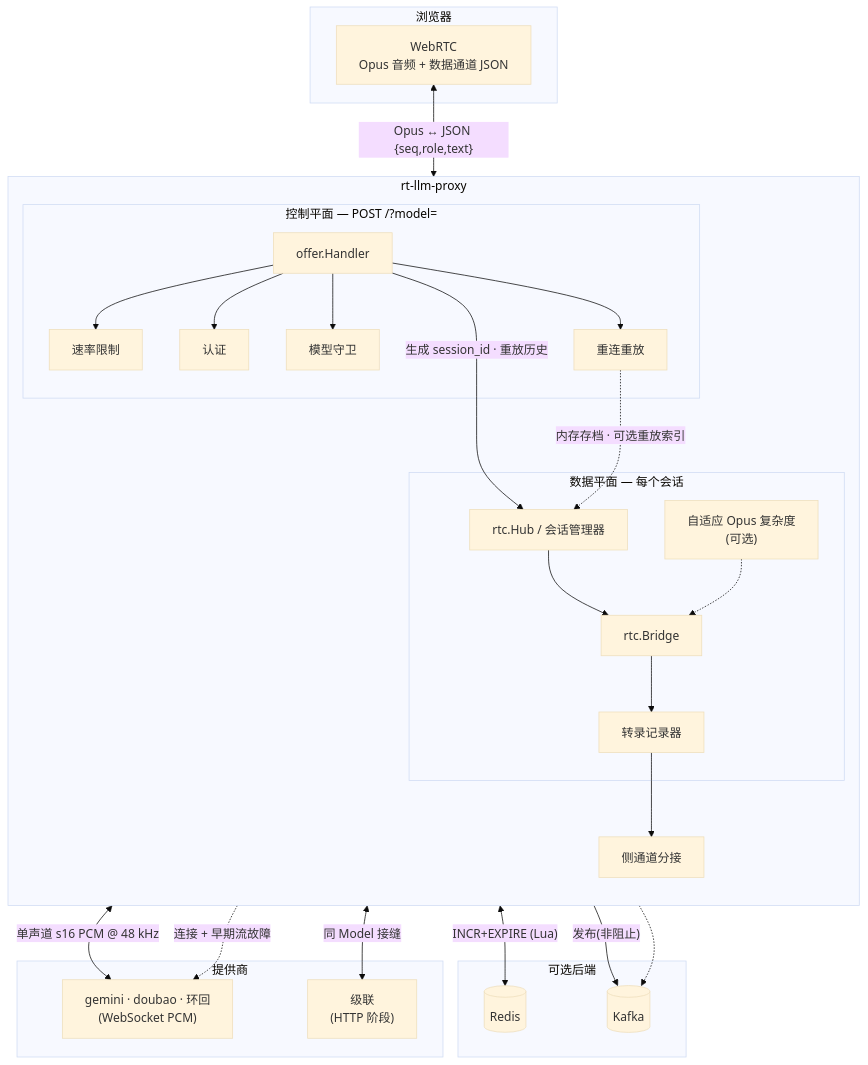
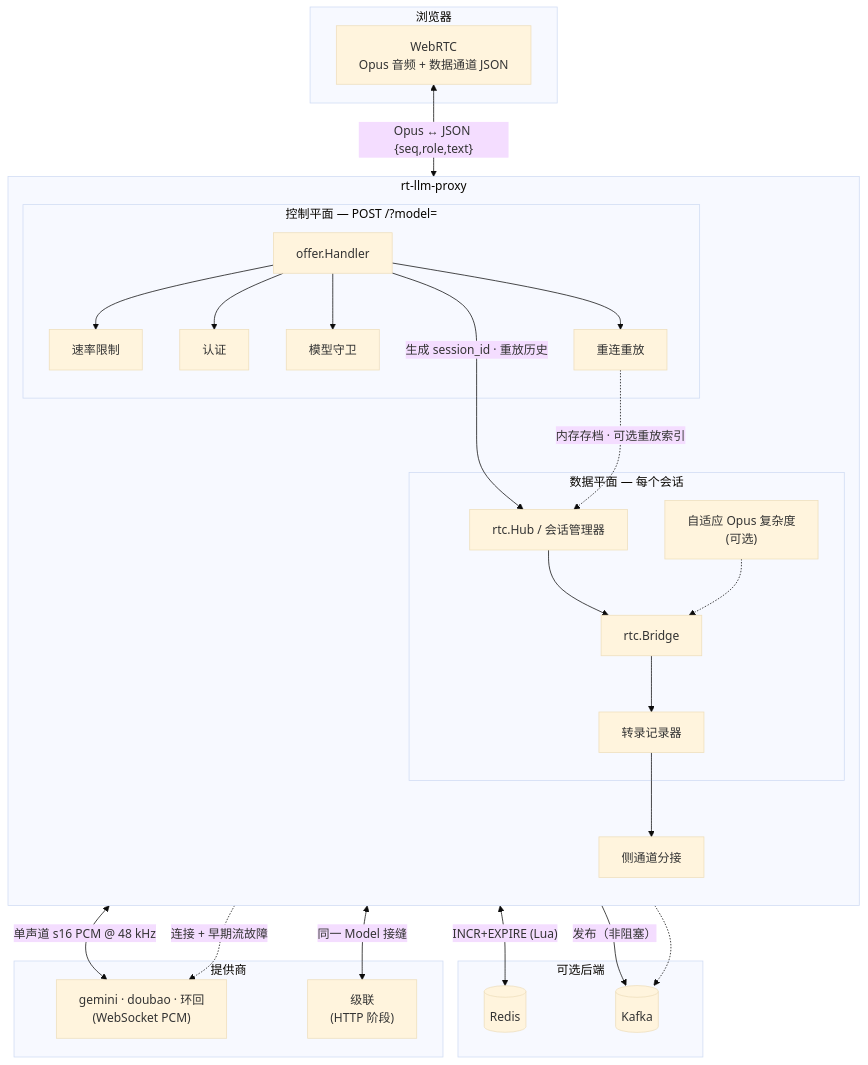
Before and after one commit to thinkinbig/rt_llm_proxy: the first of 5 diagrams in docs/ARCHITECTURE_中文.md, drawn with Mermaid (base theme). The commit also changed other lines of this file, not shown here.

````diff
--- a/docs/ARCHITECTURE_中文.md
+++ b/docs/ARCHITECTURE_中文.md
@@ -19,52 +19,52 @@
 ```mermaid
 flowchart TB
   subgraph browser["浏览器"]
     WEB["WebRTC<br/>Opus 音频 + 数据通道 JSON"]
   end
 
   subgraph proxy["rt-llm-proxy"]
     direction TB
     subgraph control["控制平面 — POST /?model="]
       OFFER["offer.Handler"]
       RL["速率限制"]
       AUTH["认证"]
       CB["模型守卫"]
       REPLAY["重连重放"]
       OFFER --> RL
       OFFER --> AUTH
       OFFER --> CB
       OFFER --> REPLAY
     end
     subgraph data["数据平面 — 每个会话"]
       HUB["rtc.Hub / 会话管理器"]
       BRIDGE["rtc.Bridge"]
       REC["转录记录器"]
       ADAPT["自适应 Opus 复杂度<br/>(可选)"]
       HUB --> BRIDGE
       BRIDGE --> REC
       ADAPT -.-> BRIDGE
     end
     OFFER -->|"生成 session_id · 重放历史"| HUB
     TAP["侧通道分接"]
     REC --> TAP
   end
 
   subgraph optional["可选后端"]
     REDIS[("Redis")]
     KAFKA[("Kafka")]
   end
 
   subgraph upstream["提供商"]
     STS["gemini · doubao · 环回<br/>(WebSocket PCM)"]
     CASCADE["级联<br/>(HTTP 阶段)"]
   end
 
   WEB <-->|"Opus ↔ JSON {seq,role,text}"| BRIDGE
   BRIDGE <-->|"单声道 s16 PCM @ 48 kHz"| STS
-  BRIDGE <-->|"同 Model 接缝"| CASCADE
+  BRIDGE <-->|"同一 Model 接缝"| CASCADE
   RL <-->|"INCR+EXPIRE (Lua)"| REDIS
-  TAP -->|"发布(非阻止)"| KAFKA
+  TAP -->|"发布（非阻塞）"| KAFKA
   REPLAY -.->|"内存存档 · 可选重放索引"| HUB
   REPLAY -.-> KAFKA
   CB -.->|"连接 + 早期流故障"| STS
 ```
````
